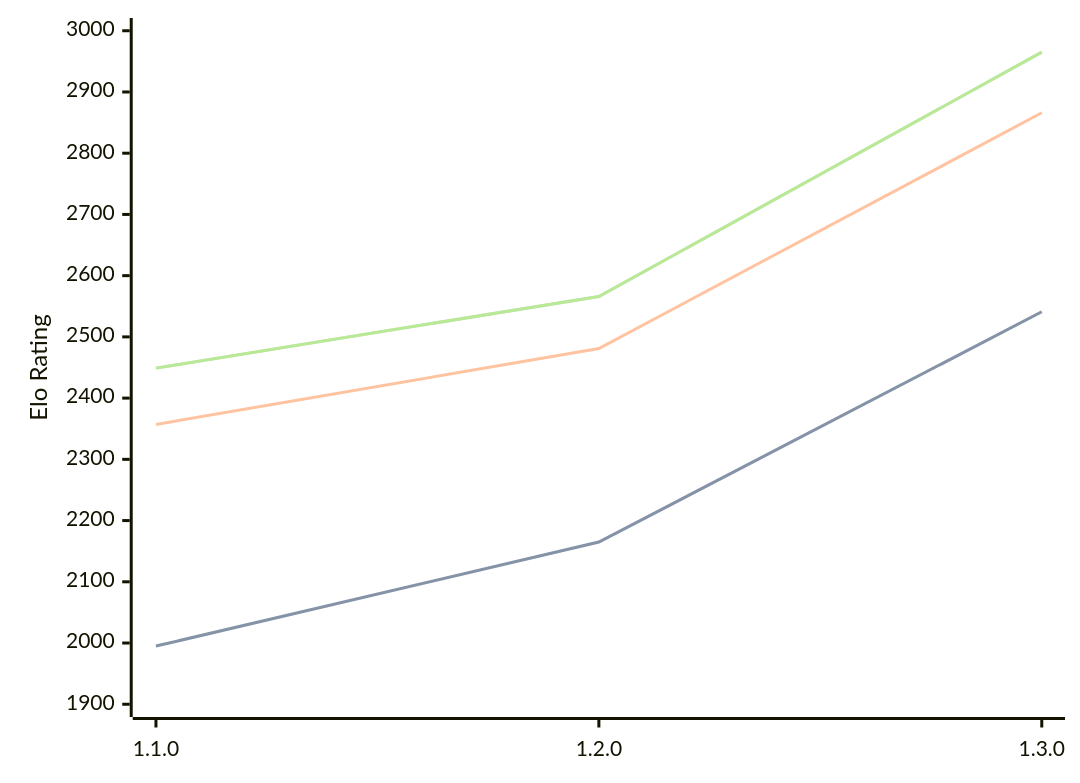
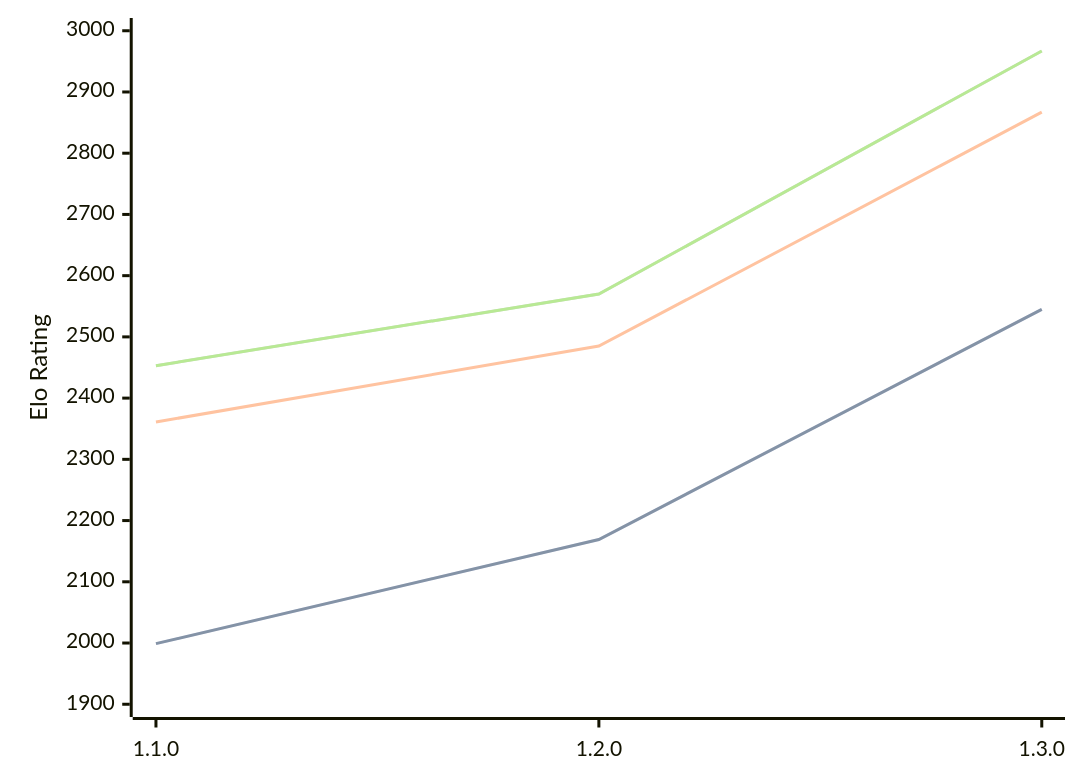
One commit to computer-chess-index/cci changed the diagram in engines/Gyatso.md. Above: the diagram before and after it, drawn with Mermaid. The commit also changed other lines of this file, not shown here.

Commit message:
Update CCI Ratings (ELO VLTC) - 2026-05-02

````diff
--- a/engines/Gyatso.md
+++ b/engines/Gyatso.md
@@ -34,11 +34,11 @@
 ```mermaid
 %%{init: {"theme":"base","themeVariables":{"seriesColors:['#a3a3a3','#222221','#faa371']}}}%%
 xychart-beta
   x-axis ["1.1.0", "1.2.0", "1.3.0"]
   y-axis "Elo Rating" 1900 --> 3000
-  line "STC (8.0+0.08s)" [1995, 2165, 2541]
-  line "STC (8.0+0.08s)" [1995, 2165, 2541]
-  line "LTC (60.0+0.60s)" [2357, 2481, 2866]
-  line "VLTC (2m24s+1.12s)" [2449, 2566, 2965]
-  line "VLTC (2m24s+1.12s)" [2449, 2566, 2965]
+  line "STC (8.0+0.08s)" [1999, 2169, 2545]
+  line "STC (8.0+0.08s)" [1999, 2169, 2545]
+  line "LTC (60.0+0.60s)" [2361, 2485, 2867]
+  line "VLTC (2m24s+1.12s)" [2453, 2570, 2967]
+  line "VLTC (2m24s+1.12s)" [2453, 2570, 2967]
 ```
````
